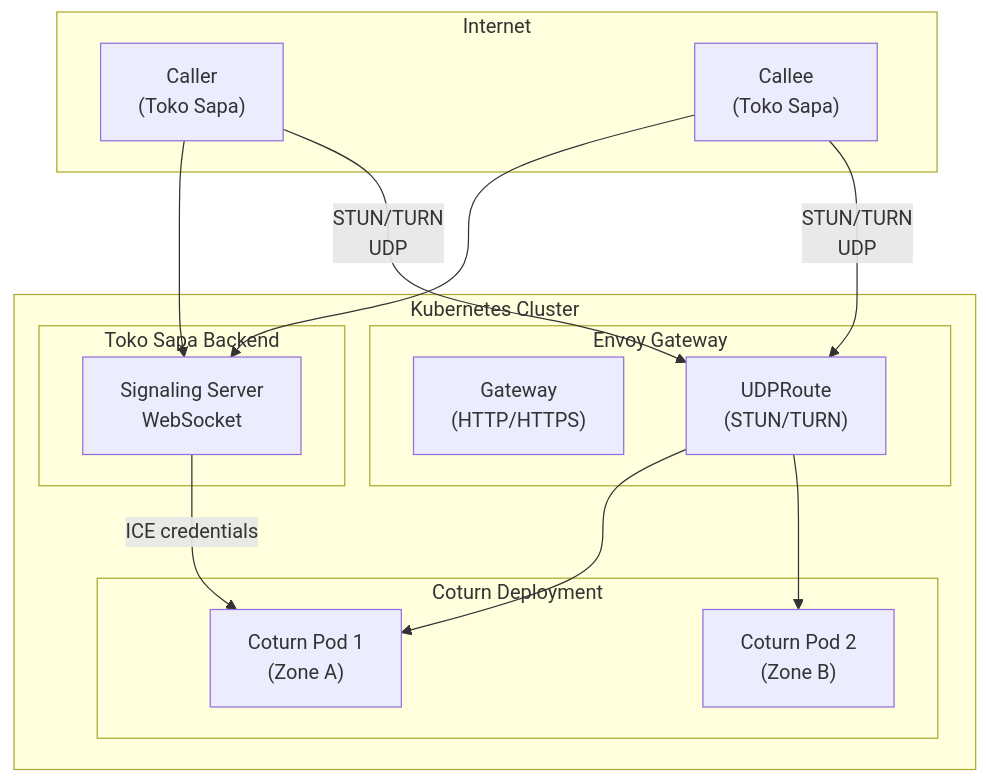
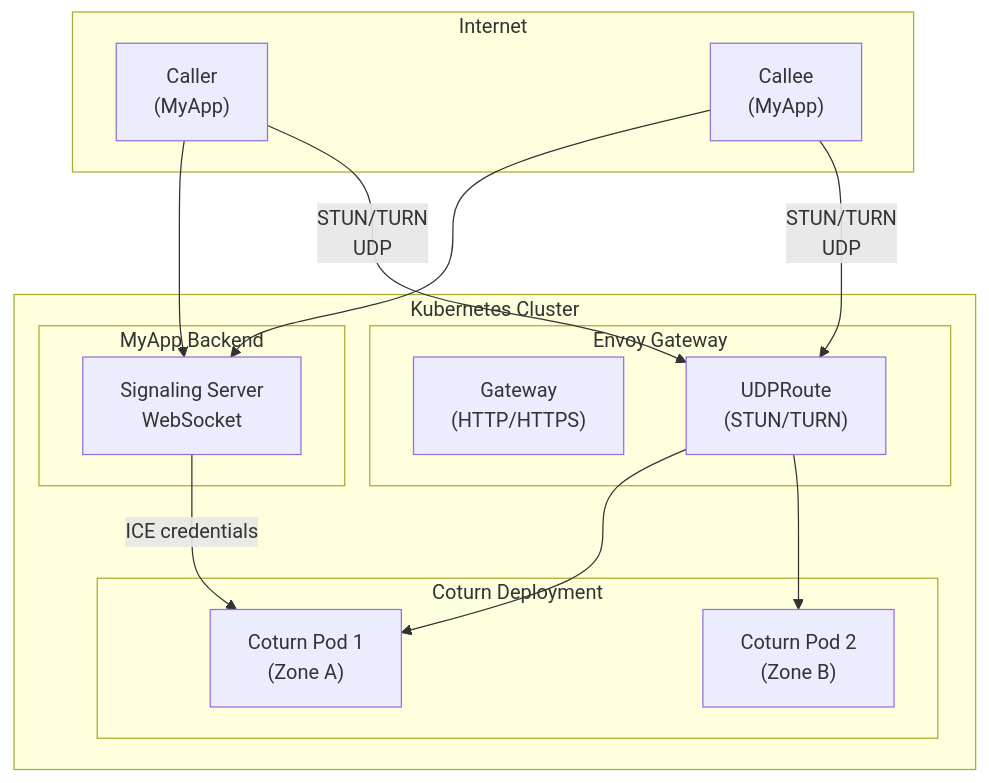
One commit to ahmadnurhidayat/docs changed the second of 3 diagrams in src/content/docs/01-knowledge-base/gcp/gke-webrtc-turn-stun-coturn.md. Above: the diagram before and after it, drawn with Mermaid. The commit also changed other lines of this file and 2 other files, not shown here.

````diff
--- a/src/content/docs/01-knowledge-base/gcp/gke-webrtc-turn-stun-coturn.md
+++ b/src/content/docs/01-knowledge-base/gcp/gke-webrtc-turn-stun-coturn.md
@@ -61,29 +61,29 @@
 ```mermaid
 graph TB
     subgraph INTERNET["Internet"]
-        caller["Caller\n(Toko Sapa)"]
-        callee["Callee\n(Toko Sapa)"]
+        caller["Caller\n(MyApp)"]
+        callee["Callee\n(MyApp)"]
     end
 
     subgraph K8S["Kubernetes Cluster"]
         subgraph ENVOY["Envoy Gateway"]
             gw["Gateway\n(HTTP/HTTPS)"]
             udp_route["UDPRoute\n(STUN/TURN)"]
         end
         subgraph COTURN["Coturn Deployment"]
             turn1["Coturn Pod 1\n(Zone A)"]
             turn2["Coturn Pod 2\n(Zone B)"]
         end
-        subgraph APP["Toko Sapa Backend"]
+        subgraph APP["MyApp Backend"]
             signaling["Signaling Server\nWebSocket"]
         end
     end
 
     caller --> signaling
     callee --> signaling
     caller -->|"STUN/TURN\nUDP"| udp_route
     callee -->|"STUN/TURN\nUDP"| udp_route
     udp_route --> turn1
     udp_route --> turn2
     signaling -->|"ICE credentials"| turn1
 ```
````
